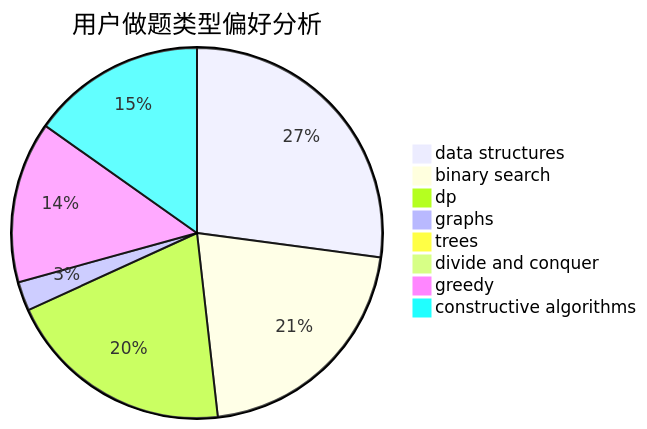
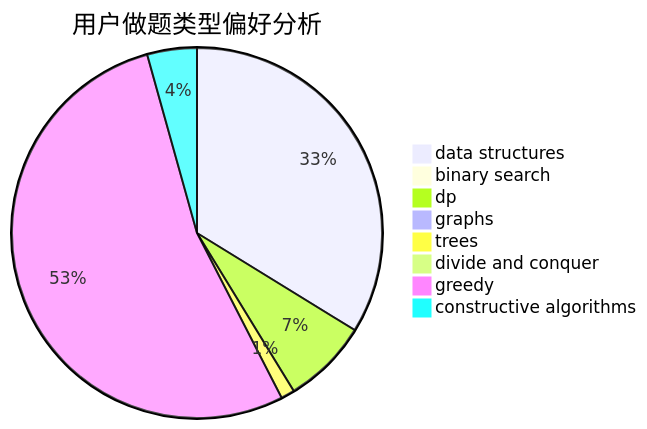
One commit to sherpahu/cfrs.github.io changed the second of 3 diagrams in docs/user/u163.md. Above: the diagram before and after it, drawn with Mermaid. The commit also changed other lines of this file and 2770 other files, not shown here.

````diff
--- a/docs/user/u163.md
+++ b/docs/user/u163.md
@@ -23,11 +23,11 @@
 ```mermaid
 pie title 用户做题类型偏好分析
-    "data structures" :  460
-    "binary search" :  358
-    "dp" :  339
-    "graphs" :  43
-    "trees" :  4
-    "divide and conquer" :  0
-    "greedy" :  239
-    "constructive algorithms" :  258
+    "data structures" :  226
+    "binary search" :  2
+    "dp" :  50
+    "graphs" :  3
+    "trees" :  8
+    "divide and conquer" :  1
+    "greedy" :  356
+    "constructive algorithms" :  29
 ```
````
